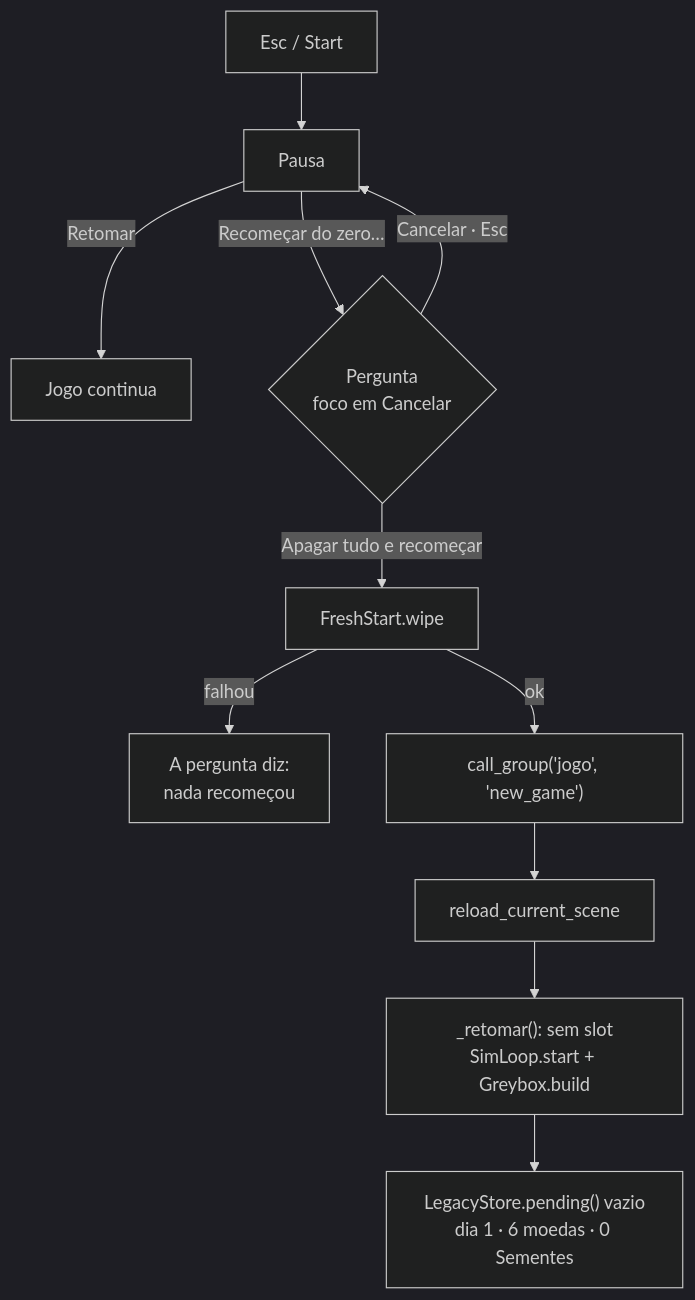
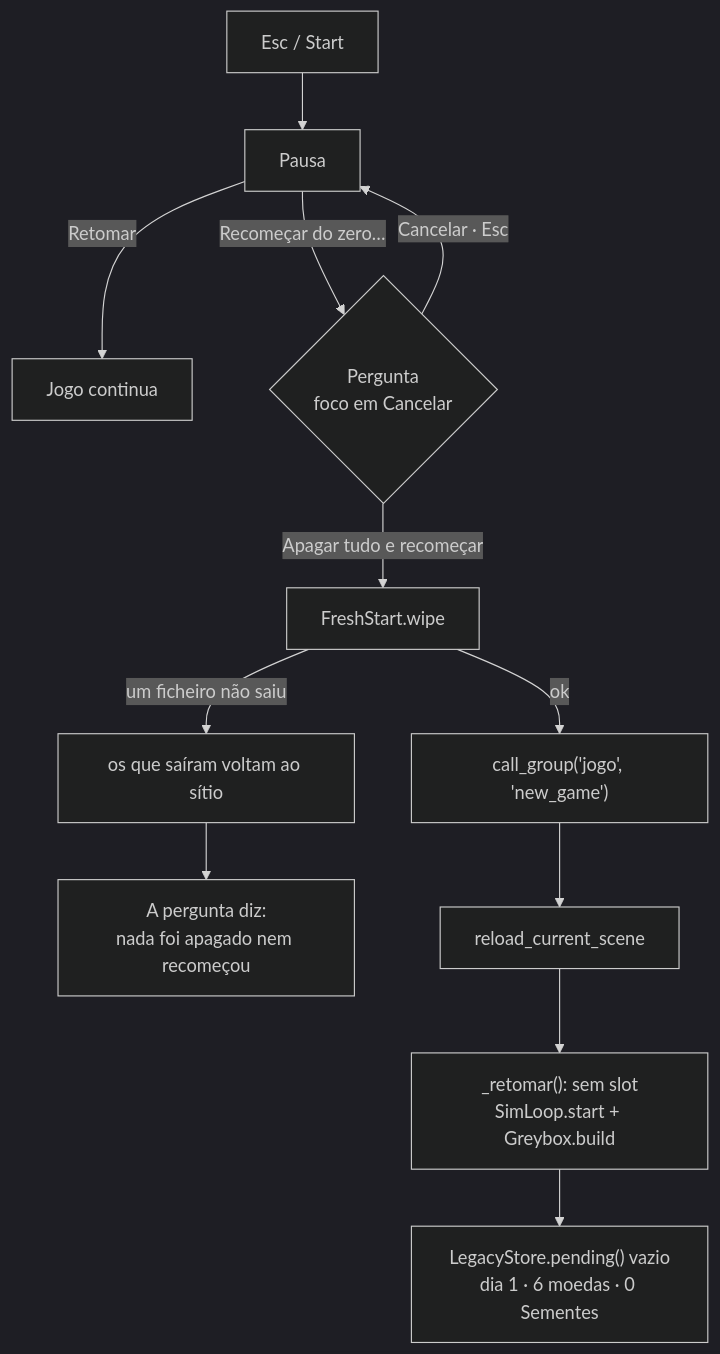
The fourth of 4 diagrams in docs/recovery/ANALISE-KINGDOM-2026-09-29.md (henriquecoding/empire), drawn with Mermaid (dark theme) before and after one commit. The commit also changed other lines of this file, not shown here.

First line of the commit message:
O que a revisao apontou: a Chamada as Armas, o escudeiro e o recomeco tudo-ou-nada

````diff
--- a/docs/recovery/ANALISE-KINGDOM-2026-09-29.md
+++ b/docs/recovery/ANALISE-KINGDOM-2026-09-29.md
@@ -386,13 +408,13 @@
 ```mermaid
 flowchart TD
     A[Esc / Start] --> B[Pausa]
     B -->|Retomar| J[Jogo continua]
     B -->|Recomeçar do zero…| C{"Pergunta<br/>foco em Cancelar"}
     C -->|Cancelar · Esc| B
     C -->|Apagar tudo e recomeçar| D[FreshStart.wipe]
-    D -->|falhou| E["A pergunta diz:<br/>nada recomeçou"]
+    D -->|um ficheiro não saiu| R["os que saíram voltam ao sítio"] --> E["A pergunta diz:<br/>nada foi apagado nem recomeçou"]
     D -->|ok| F["call_group('jogo', 'new_game')"]
     F --> G[reload_current_scene]
     G --> H["_retomar(): sem slot<br/>SimLoop.start + Greybox.build"]
     H --> I["LegacyStore.pending() vazio<br/>dia 1 · 6 moedas · 0 Sementes"]
 ```
````
